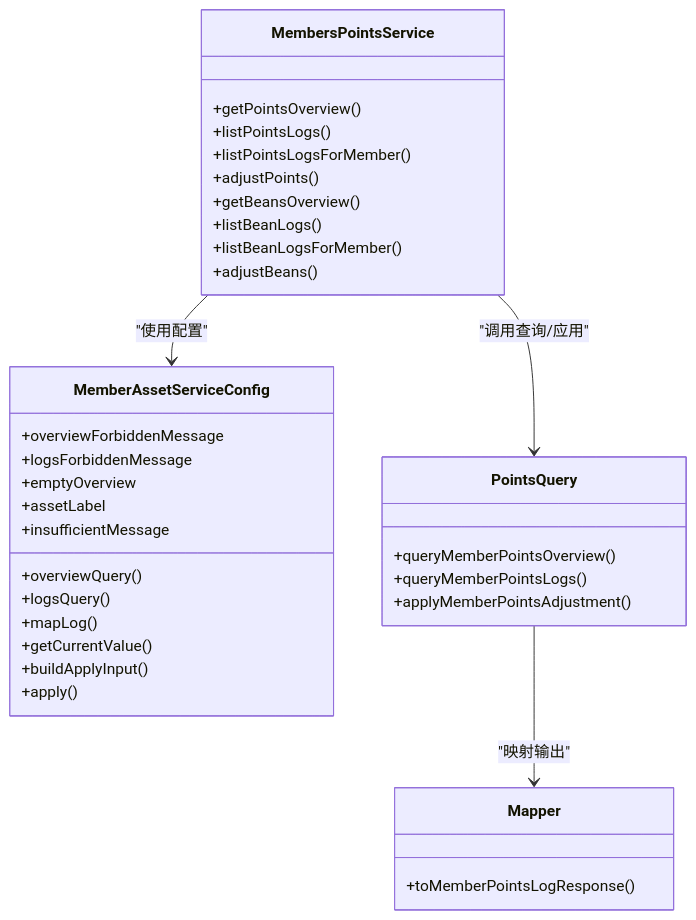
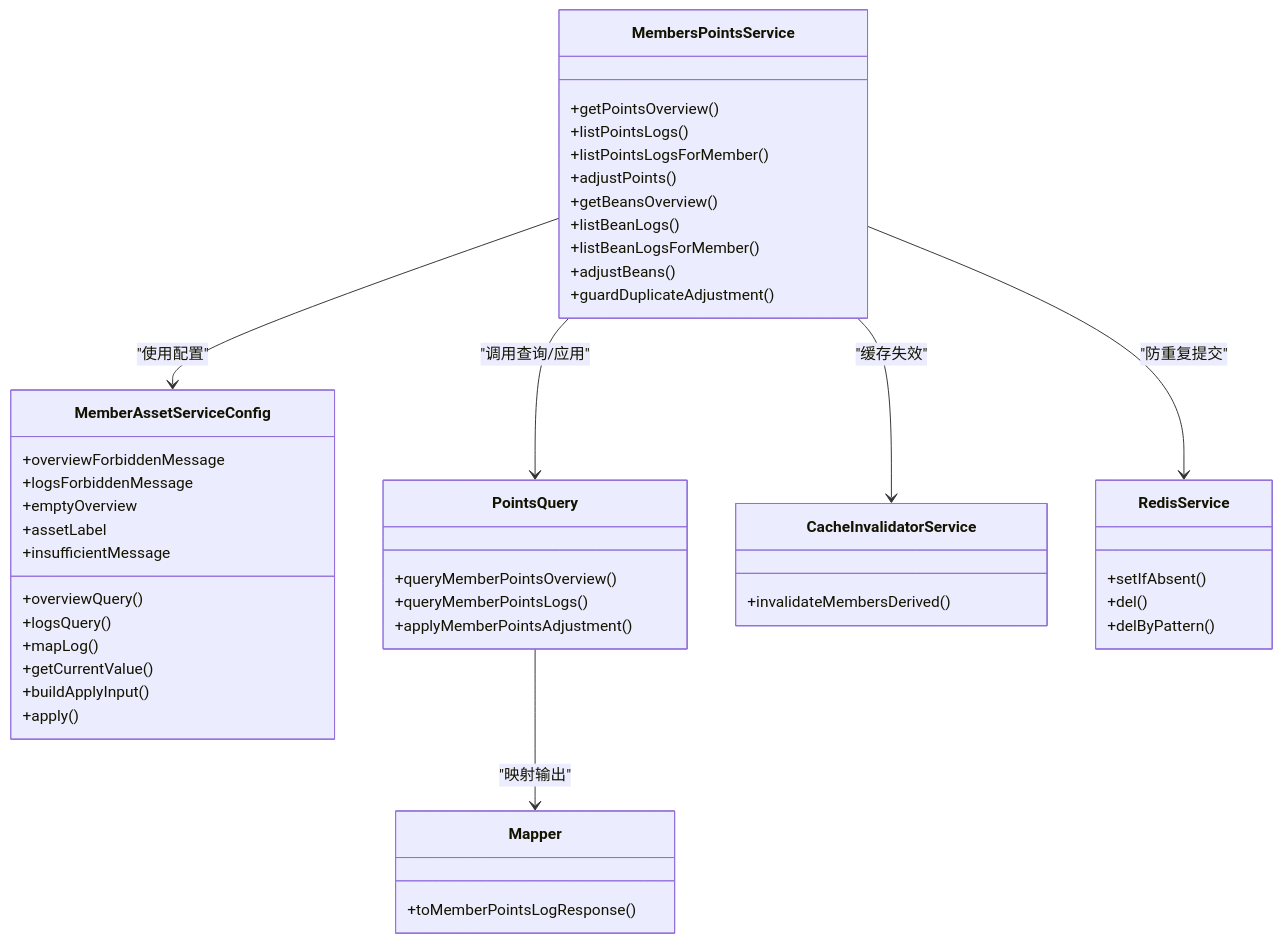
The third of 5 diagrams in .qoder/repowiki/zh/content/业务模块/会员管理模块/会员积分管理.md (rc558620/purelyprofit-server), drawn with Mermaid before and after one commit. The commit also changed other lines of this file and 19 other files, not shown here.

````diff
--- a/.qoder/repowiki/zh/content/业务模块/会员管理模块/会员积分管理.md
+++ b/.qoder/repowiki/zh/content/业务模块/会员管理模块/会员积分管理.md
@@ -248,37 +304,48 @@
 ```mermaid
 classDiagram
 class MembersPointsService {
 +getPointsOverview()
 +listPointsLogs()
 +listPointsLogsForMember()
 +adjustPoints()
 +getBeansOverview()
 +listBeanLogs()
 +listBeanLogsForMember()
 +adjustBeans()
++guardDuplicateAdjustment()
 }
 class MemberAssetServiceConfig {
 +overviewForbiddenMessage
 +logsForbiddenMessage
 +emptyOverview
 +overviewQuery()
 +logsQuery()
 +mapLog()
 +assetLabel
 +insufficientMessage
 +getCurrentValue()
 +buildApplyInput()
 +apply()
 }
 class PointsQuery {
 +queryMemberPointsOverview()
 +queryMemberPointsLogs()
 +applyMemberPointsAdjustment()
 }
 class Mapper {
 +toMemberPointsLogResponse()
 }
+class CacheInvalidatorService {
++invalidateMembersDerived()
+}
+class RedisService {
++setIfAbsent()
++del()
++delByPattern()
+}
 MembersPointsService --> MemberAssetServiceConfig : "使用配置"
 MembersPointsService --> PointsQuery : "调用查询/应用"
+MembersPointsService --> CacheInvalidatorService : "缓存失效"
+MembersPointsService --> RedisService : "防重复提交"
 PointsQuery --> Mapper : "映射输出"
 ```
````
